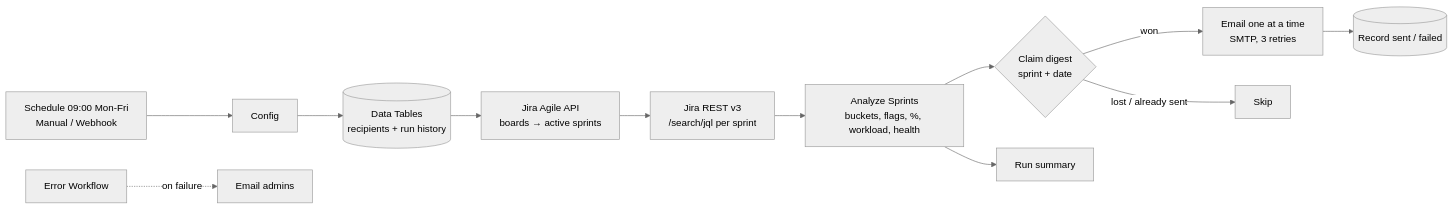
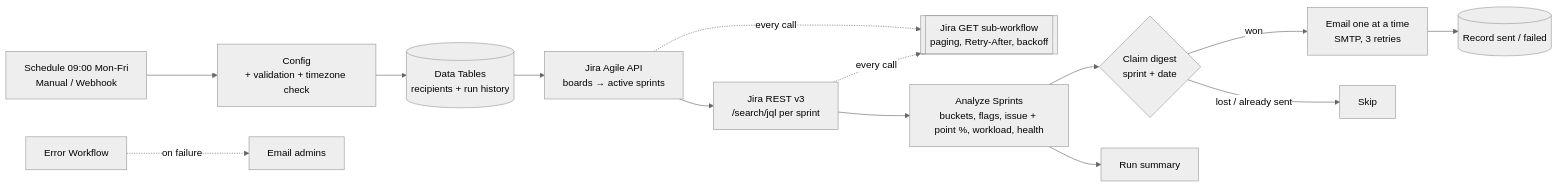
The diagram in README.md (Chethan616/jira-sprint-health-n8n), drawn with Mermaid (neutral theme) before and after one commit. The commit also changed other lines of this file and 25 other files, not shown here.

First line of the commit message:
Address review feedback: account ids, multi-board routing, config validation, story points, rate limits, timezone check

````diff
--- a/README.md
+++ b/README.md
@@ -29,14 +30,16 @@
 ```mermaid
 flowchart LR
-    T[Schedule 09:00 Mon-Fri<br/>Manual / Webhook] --> C[Config]
+    T[Schedule 09:00 Mon-Fri<br/>Manual / Webhook] --> C[Config<br/>+ validation + timezone check]
     C --> DT[(Data Tables<br/>recipients + run history)]
     DT --> B[Jira Agile API<br/>boards → active sprints]
     B --> I[Jira REST v3<br/>/search/jql per sprint]
-    I --> A[Analyze Sprints<br/>buckets, flags, %, workload, health]
+    B -.every call.-> G[[Jira GET sub-workflow<br/>paging, Retry-After, backoff]]
+    I -.every call.-> G
+    I --> A[Analyze Sprints<br/>buckets, flags, issue + point %, workload, health]
     A --> CL{Claim digest<br/>sprint + date}
     CL -->|won| M[Email one at a time<br/>SMTP, 3 retries]
     CL -->|lost / already sent| S[Skip]
     M --> R[(Record sent / failed)]
     A --> SUM[Run summary]
     X[Error Workflow] -.on failure.-> ADM[Email admins]
 ```
````
